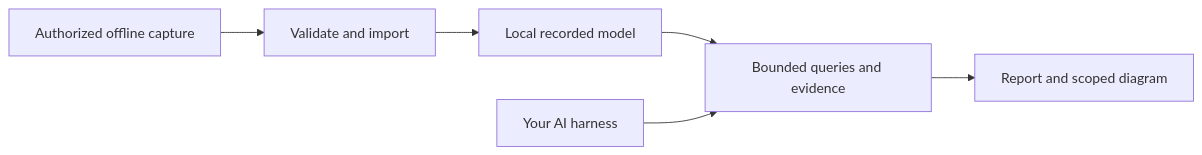
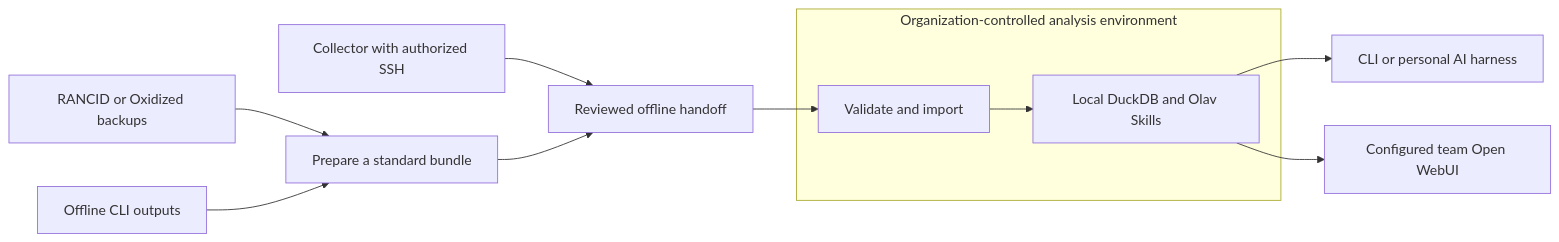
The diagram in docs/index.md (james-olavai/olav-skills), drawn with Mermaid before and after one commit. The commit also changed other lines of this file and 21 other files, not shown here.

Commit message:
Document Olav Skills 0.2.2 and preserve discoverable documentation routes

````diff
--- a/docs/index.md
+++ b/docs/index.md
@@ -11,8 +12,13 @@
 ```mermaid
 flowchart LR
-    A[Authorized offline capture] --> B[Validate and import]
-    B --> C[Local recorded model]
-    C --> D[Bounded queries and evidence]
-    D --> E[Report and scoped diagram]
-    H[Your AI harness] --> D
+    A[Collector with authorized SSH] --> D[Reviewed offline handoff]
+    B[RANCID or Oxidized backups] --> C[Prepare a standard bundle]
+    F[Offline CLI outputs] --> C
+    C --> D
+    subgraph Local[Organization-controlled analysis environment]
+        E[Validate and import] --> G[Local DuckDB and Olav Skills]
+    end
+    D --> E
+    G --> H[CLI or personal AI harness]
+    G --> I[Configured team Open WebUI]
 ```
````
